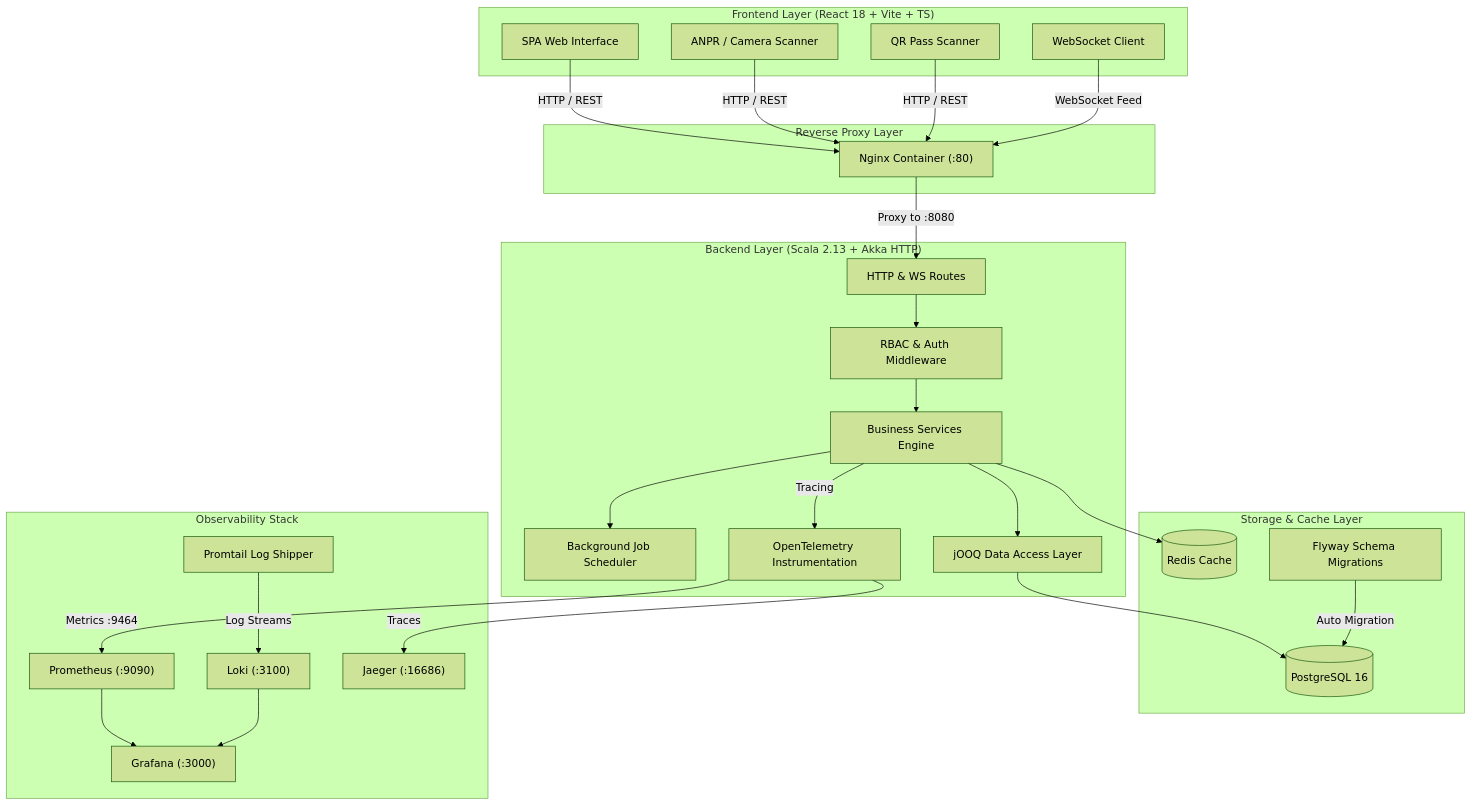
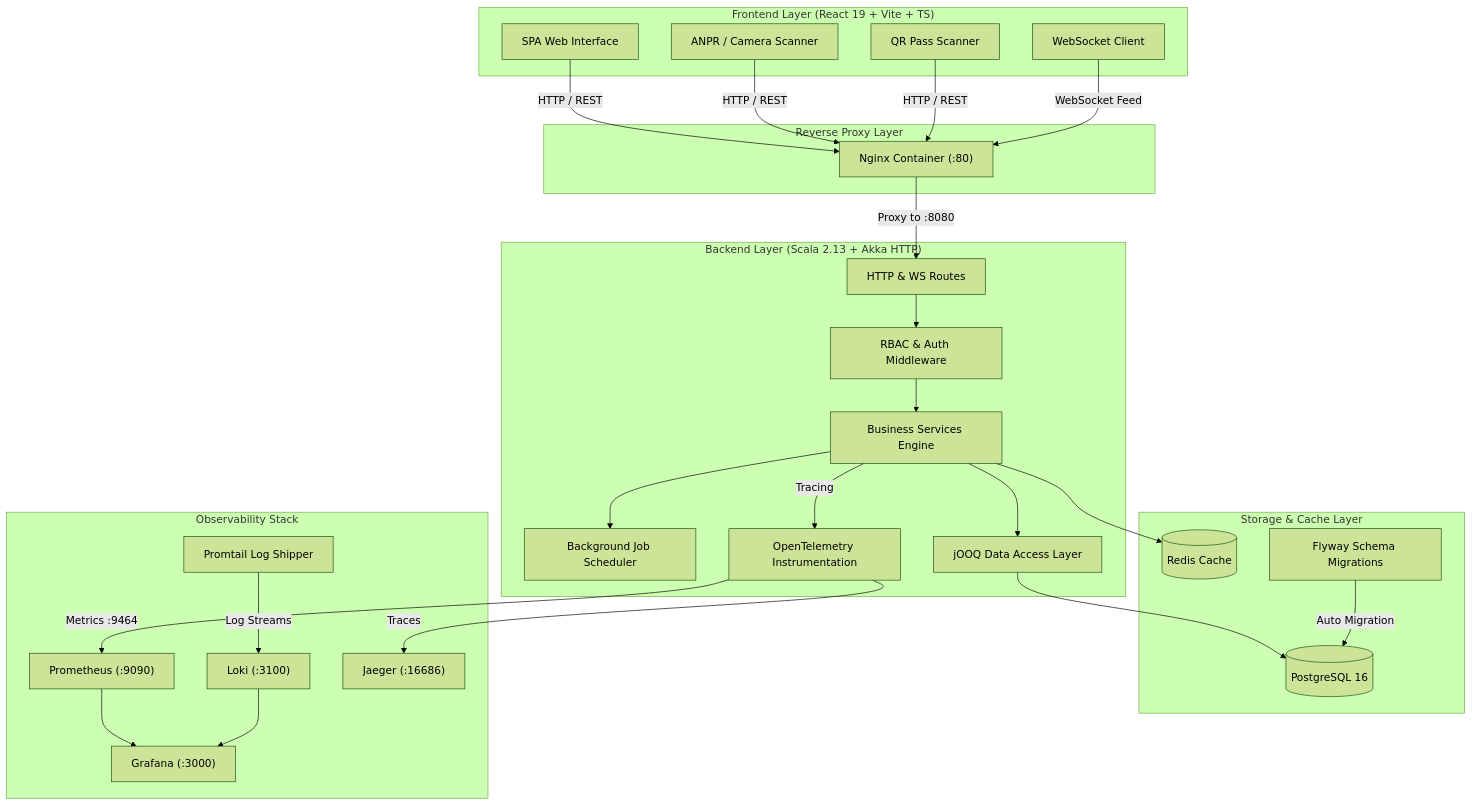
The diagram in README.md (Dharanish-AM/MetropolisParking), drawn with Mermaid (forest theme) before and after one commit. The commit also changed other lines of this file and 39 other files, not shown here.

````diff
--- a/README.md
+++ b/README.md
@@ -195,55 +195,55 @@
 ```mermaid
 flowchart TD
-    subgraph Clients["Frontend Layer (React 18 + Vite + TS)"]
+    subgraph Clients["Frontend Layer (React 19 + Vite + TS)"]
         UI["SPA Web Interface"]
         OCR["ANPR / Camera Scanner"]
         QRScanner["QR Pass Scanner"]
         WSClient["WebSocket Client"]
     end
 
     subgraph Proxy["Reverse Proxy Layer"]
         NGINX["Nginx Container (:80)"]
     end
 
     subgraph Backend["Backend Layer (Scala 2.13 + Akka HTTP)"]
         Routes["HTTP & WS Routes"]
         Rbac["RBAC & Auth Middleware"]
         Services["Business Services Engine"]
         Scheduler["Background Job Scheduler"]
         Jooq["jOOQ Data Access Layer"]
         OTel["OpenTelemetry Instrumentation"]
     end
 
     subgraph Data["Storage & Cache Layer"]
         PG[(PostgreSQL 16)]
         Redis[(Redis Cache)]
         Flyway["Flyway Schema Migrations"]
     end
 
     subgraph Observability["Observability Stack"]
         Prometheus["Prometheus (:9090)"]
         Grafana["Grafana (:3000)"]
         Loki["Loki (:3100)"]
         Promtail["Promtail Log Shipper"]
         Jaeger["Jaeger (:16686)"]
     end
 
     UI -->|HTTP / REST| NGINX
     OCR -->|HTTP / REST| NGINX
     QRScanner -->|HTTP / REST| NGINX
     WSClient -->|WebSocket Feed| NGINX
     NGINX -->|Proxy to :8080| Routes
     Routes --> Rbac
     Rbac --> Services
     Services --> Scheduler
     Services --> Jooq
     Services --> Redis
     Jooq --> PG
     Flyway -->|Auto Migration| PG
     Services -->|Tracing| OTel
     OTel -->|Metrics :9464| Prometheus
     Prometheus --> Grafana
     Promtail -->|Log Streams| Loki
     Loki --> Grafana
     OTel -->|Traces| Jaeger
 ```
````
